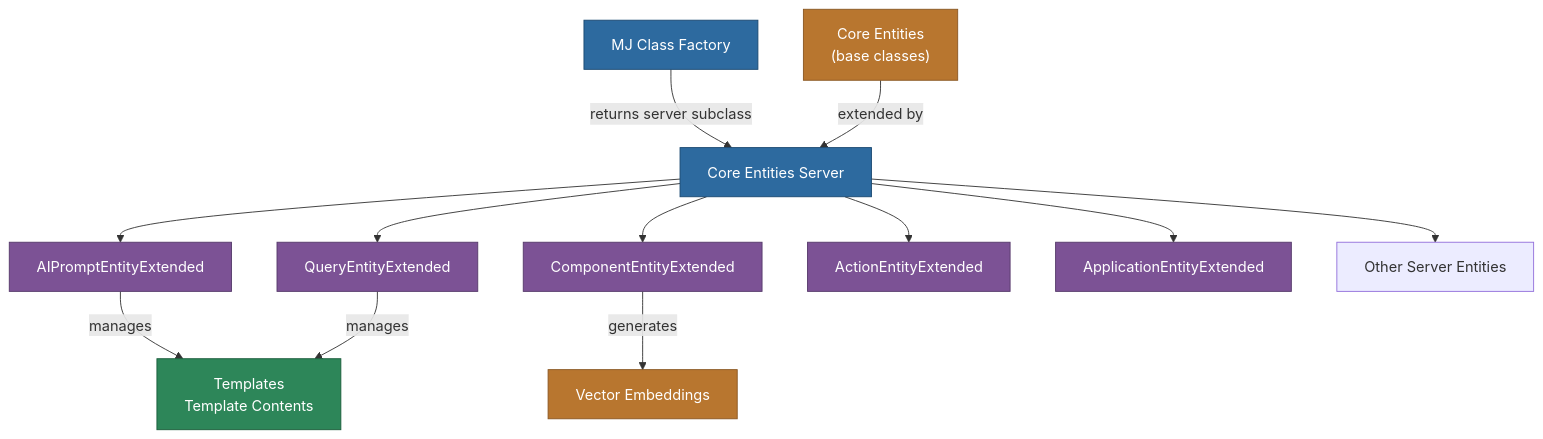
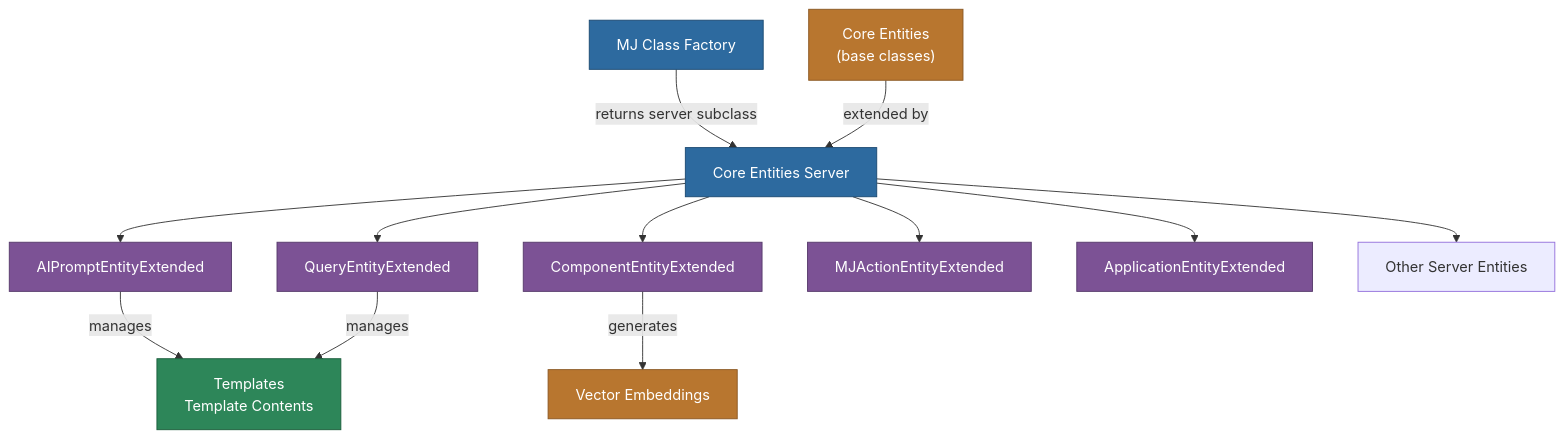
Before and after one commit to MemberJunction/MJ: the diagram in packages/MJCoreEntitiesServer/README.md, drawn with Mermaid. The commit also changed 246 other files, not shown here.

````diff
--- a/packages/MJCoreEntitiesServer/README.md
+++ b/packages/MJCoreEntitiesServer/README.md
@@ -9,27 +9,27 @@
 ```mermaid
 graph TD
     A["Core Entities Server"] --> B["AIPromptEntityExtended"]
     A --> C["QueryEntityExtended"]
     A --> D["ComponentEntityExtended"]
-    A --> E["ActionEntityExtended"]
+    A --> E["MJActionEntityExtended"]
     A --> F["ApplicationEntityExtended"]
     A --> G["Other Server Entities"]
 
     B -->|manages| H["Templates<br/>Template Contents"]
     C -->|manages| H
     D -->|generates| I["Vector Embeddings"]
 
     J["MJ Class Factory"] -->|returns server subclass| A
     K["Core Entities<br/>(base classes)"] -->|extended by| A
 
     style A fill:#2d6a9f,stroke:#1a4971,color:#fff
     style B fill:#7c5295,stroke:#563a6b,color:#fff
     style C fill:#7c5295,stroke:#563a6b,color:#fff
     style D fill:#7c5295,stroke:#563a6b,color:#fff
     style E fill:#7c5295,stroke:#563a6b,color:#fff
     style F fill:#7c5295,stroke:#563a6b,color:#fff
     style H fill:#2d8659,stroke:#1a5c3a,color:#fff
     style I fill:#b8762f,stroke:#8a5722,color:#fff
     style J fill:#2d6a9f,stroke:#1a4971,color:#fff
     style K fill:#b8762f,stroke:#8a5722,color:#fff
 ```
````
